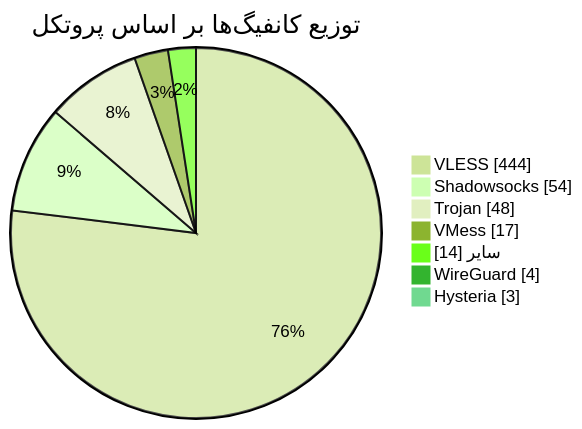
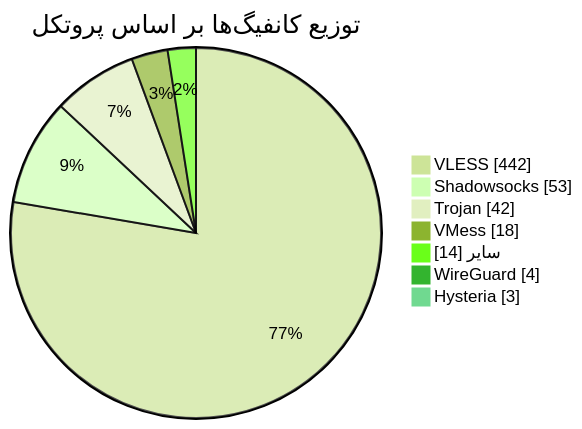
Before and after one commit to Arian-Alijani/Somthing: the diagram in README.md, drawn with Mermaid (forest theme). The commit also changed other lines of this file and 17 other files, not shown here.

````diff
--- a/README.md
+++ b/README.md
@@ -49,11 +49,11 @@
 ```mermaid
 pie showData
     title توزیع کانفیگ‌ها بر اساس پروتکل
-    "VLESS" : 444
-    "Shadowsocks" : 54
-    "Trojan" : 48
-    "VMess" : 17
+    "VLESS" : 442
+    "Shadowsocks" : 53
+    "Trojan" : 42
+    "VMess" : 18
     "سایر" : 14
     "WireGuard" : 4
     "Hysteria" : 3
 ```
````
